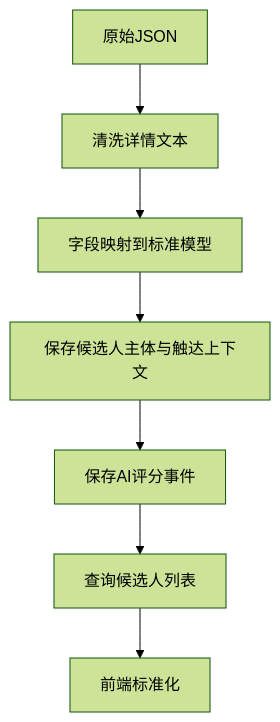
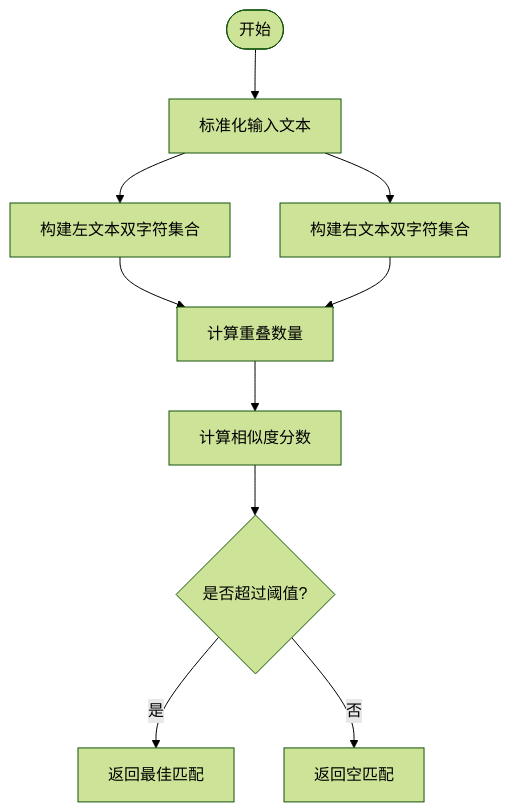
The fifth of 10 diagrams in .qoder/repowiki/zh/content/本地执行器/平台适配器/Boss直聘适配器/候选人数据处理.md (alvinwangzi/goodhr), drawn with Mermaid (forest theme) before and after one commit. The commit also changed other lines of this file and 149 other files, not shown here.

````diff
--- a/.qoder/repowiki/zh/content/本地执行器/平台适配器/Boss直聘适配器/候选人数据处理.md
+++ b/.qoder/repowiki/zh/content/本地执行器/平台适配器/Boss直聘适配器/候选人数据处理.md
@@ -216,9 +191,12 @@
 ```mermaid
 flowchart TD
-Raw["原始JSON"] --> Clean["清洗详情文本"]
-Clean --> Map["字段映射到标准模型"]
-Map --> Save["保存候选人主体与触达上下文"]
-Save --> Events["保存AI评分事件"]
-Events --> Query["查询候选人列表"]
-Query --> Normalize["前端标准化"]
+Start(["开始"]) --> Normalize["标准化输入文本"]
+Normalize --> PairsLeft["构建左文本双字符集合"]
+Normalize --> PairsRight["构建右文本双字符集合"]
+PairsLeft --> Overlap["计算重叠数量"]
+PairsRight --> Overlap
+Overlap --> Similarity["计算相似度分数"]
+Similarity --> Threshold{"是否超过阈值?"}
+Threshold --> |是| Best["返回最佳匹配"]
+Threshold --> |否| Null["返回空匹配"]
 ```
````
